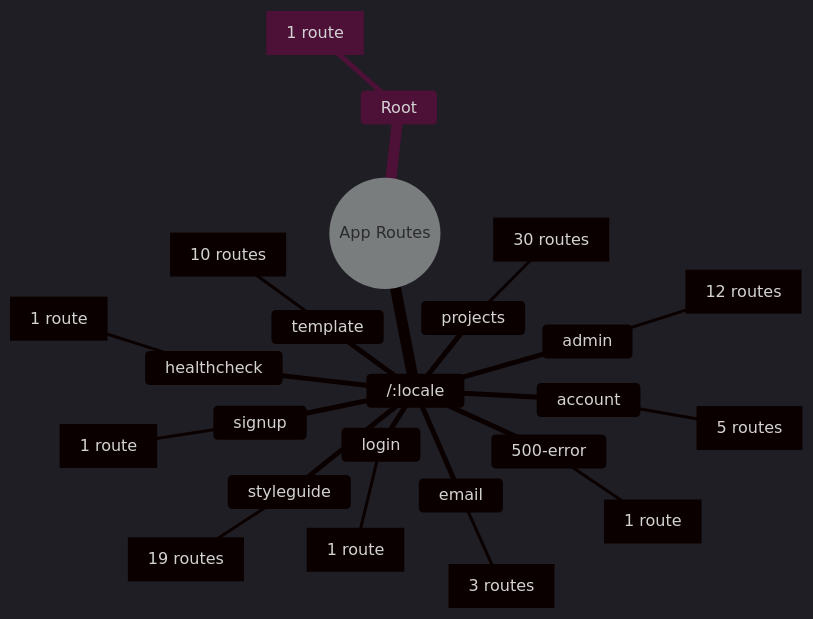
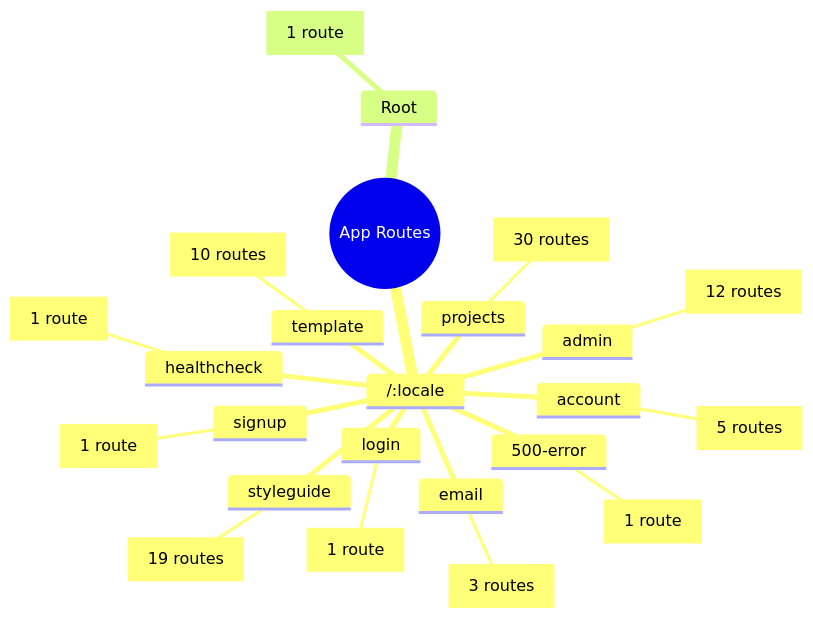
One commit to CDLUC3/dmsp_frontend_prototype changed the diagram in docs/sitemap.md. Above: the diagram before and after it, drawn with Mermaid. The commit also changed other lines of this file and 1 other file, not shown here.

Commit message:
removed dark mode specification

````diff
--- a/docs/sitemap.md
+++ b/docs/sitemap.md
@@ -9,28 +9,27 @@
 ```mermaid
-%%{init: {'theme':'dark'}}%%
 mindmap
   root((App Routes))
     /:locale
       500-error
         [1 route]
       account
         [5 routes]
       admin
         [12 routes]
       email
         [3 routes]
       healthcheck
         [1 route]
       login
         [1 route]
       projects
         [30 routes]
       signup
         [1 route]
       styleguide
         [19 routes]
       template
         [10 routes]
     Root
       [1 route]
 ```
````
